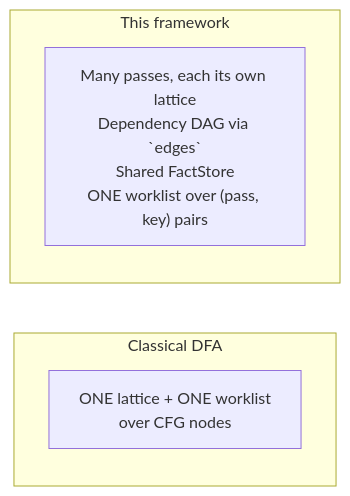
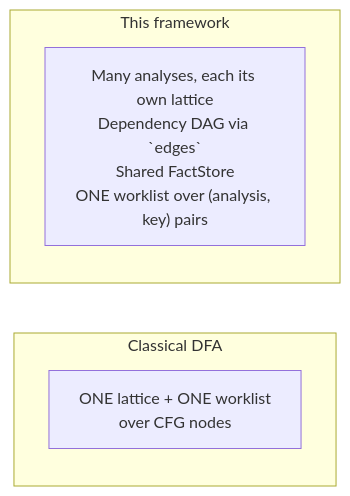
Before and after one commit to loyaltypollution/py-slang: the fifth of 14 diagrams in docs/dfa-framework-tutorial.md, drawn with Mermaid. The commit also changed other lines of this file and 49 other files, not shown here.

````diff
--- a/docs/dfa-framework-tutorial.md
+++ b/docs/dfa-framework-tutorial.md
@@ -147,9 +217,9 @@
 ```mermaid
 flowchart LR
     subgraph "Classical DFA"
       C["ONE lattice + ONE worklist<br/>over CFG nodes"]
     end
     subgraph "This framework"
-      D["Many passes, each its own lattice<br/>Dependency DAG via `edges`<br/>Shared FactStore<br/>ONE worklist over (pass, key) pairs"]
+      D["Many analyses, each its own lattice<br/>Dependency DAG via `edges`<br/>Shared FactStore<br/>ONE worklist over (analysis, key) pairs"]
     end
 ```
````
